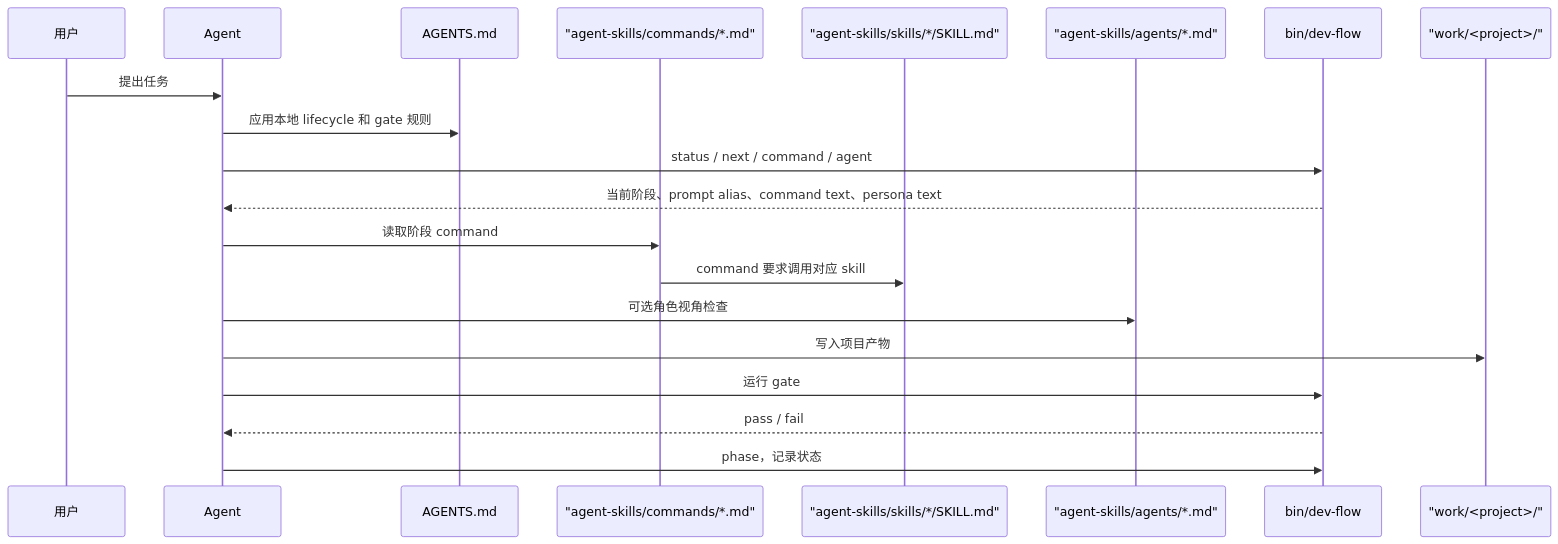
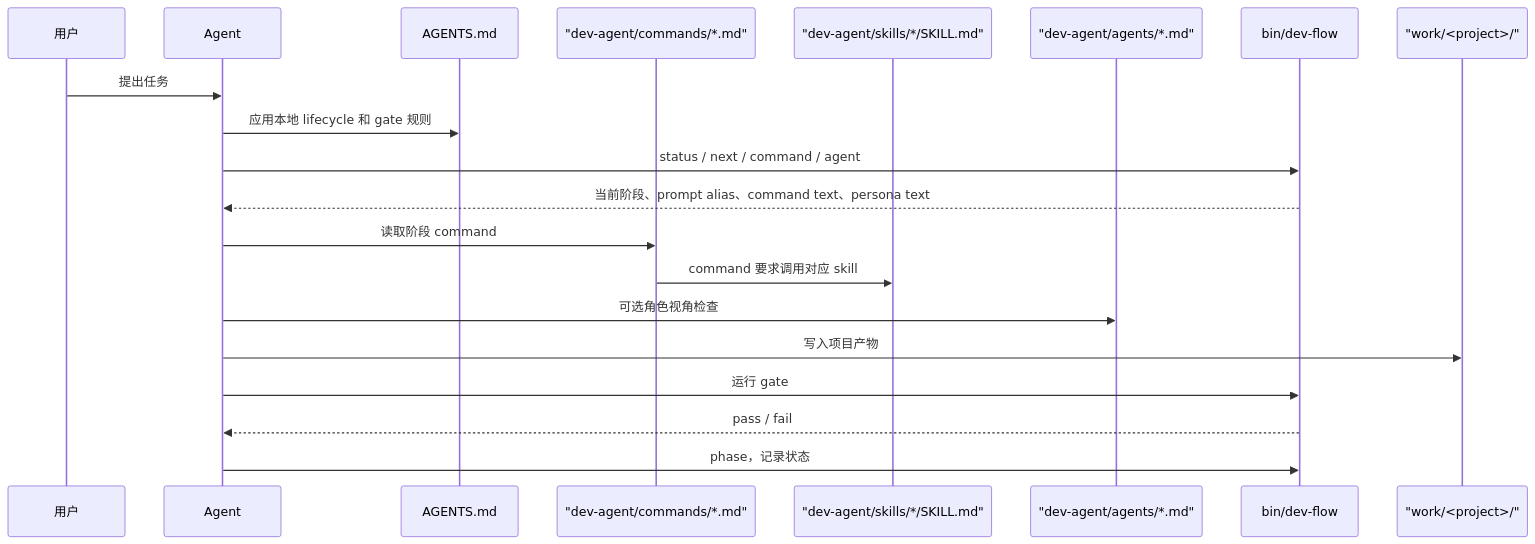
The second of 3 diagrams in docs/WORKFLOW_EXECUTION_LOGIC.md (ifworldforgetme/Dev_Agent_OPC), drawn with Mermaid before and after one commit. The commit also changed other lines of this file and 213 other files, not shown here.

Commit message:
feat: reorganize dev agent native runtime

````diff
--- a/docs/WORKFLOW_EXECUTION_LOGIC.md
+++ b/docs/WORKFLOW_EXECUTION_LOGIC.md
@@ -159,23 +159,23 @@
 ```mermaid
 sequenceDiagram
   participant User as 用户
   participant Agent as Agent
   participant AGENTS as AGENTS.md
-  participant Command as "agent-skills/commands/*.md"
-  participant Skill as "agent-skills/skills/*/SKILL.md"
-  participant Persona as "agent-skills/agents/*.md"
+  participant Command as "dev-agent/commands/*.md"
+  participant Skill as "dev-agent/skills/*/SKILL.md"
+  participant Persona as "dev-agent/agents/*.md"
   participant DevFlow as bin/dev-flow
   participant Work as "work/<project>/"
 
   User->>Agent: 提出任务
   Agent->>AGENTS: 应用本地 lifecycle 和 gate 规则
   Agent->>DevFlow: status / next / command / agent
   DevFlow-->>Agent: 当前阶段、prompt alias、command text、persona text
   Agent->>Command: 读取阶段 command
   Command->>Skill: command 要求调用对应 skill
   Agent->>Persona: 可选角色视角检查
   Agent->>Work: 写入项目产物
   Agent->>DevFlow: 运行 gate
   DevFlow-->>Agent: pass / fail
   Agent->>DevFlow: phase，记录状态
 ```
````
